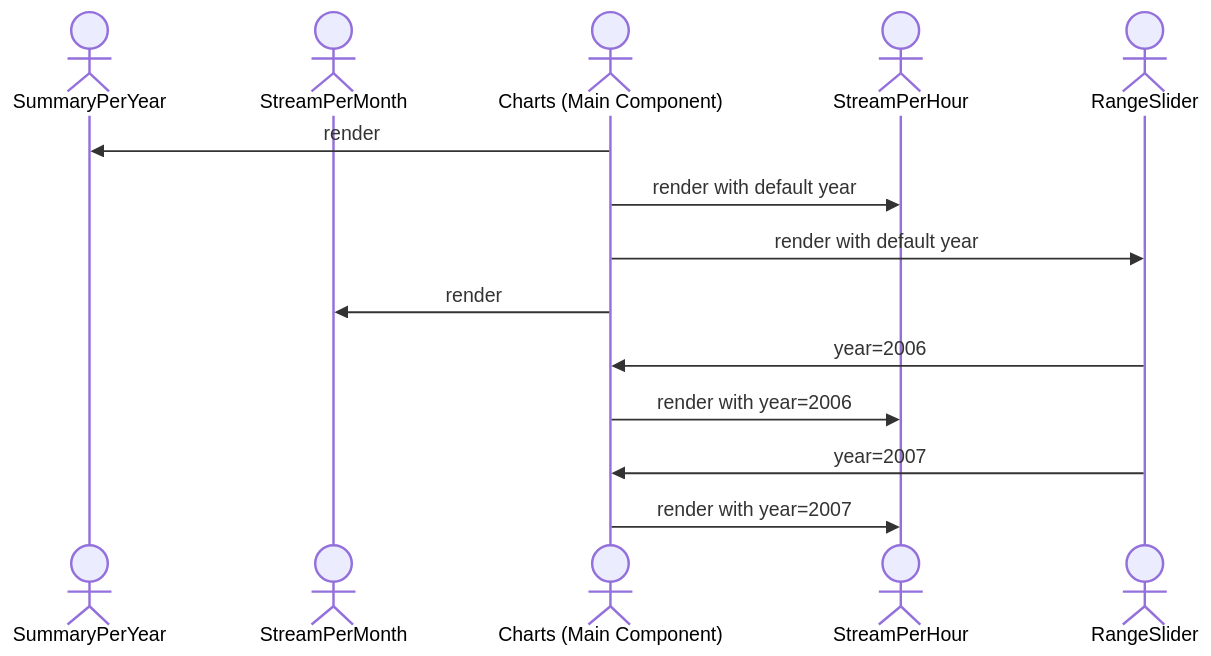
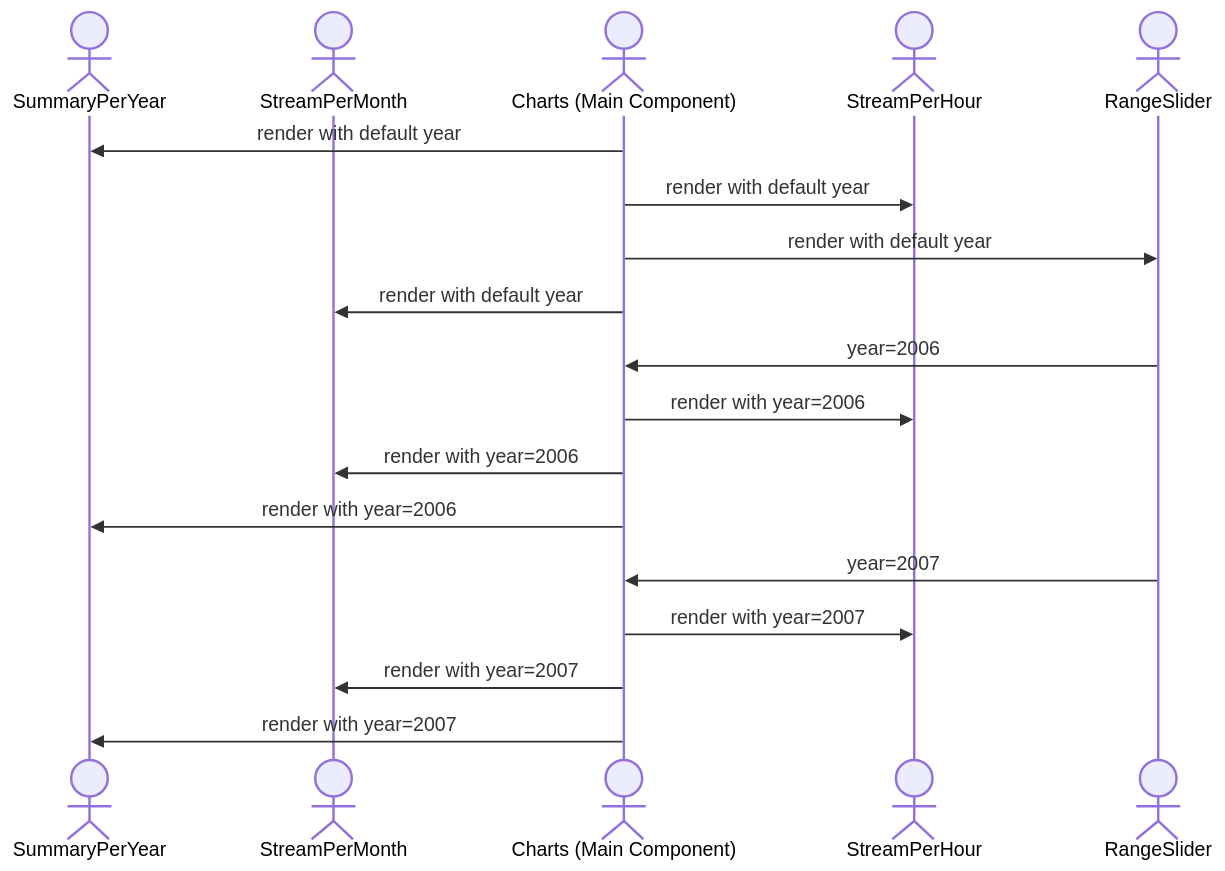
One commit to Gudsfile/tracksy changed the second of 2 diagrams in app/README.md. Above: the diagram before and after it, drawn with Mermaid. The commit also changed other lines of this file, not shown here.

````diff
--- a/app/README.md
+++ b/app/README.md
@@ -85,17 +85,21 @@
 ```mermaid
 sequenceDiagram
   actor SummaryPerYear
   actor StreamPerMonth
   actor Charts as Charts (Main Component)
   actor StreamPerHour
   actor RangeSlider
 
-  Charts ->> SummaryPerYear: render
+  Charts ->> SummaryPerYear: render with default year
   Charts ->> StreamPerHour: render with default year
   Charts ->> RangeSlider: render with default year
-  Charts ->> StreamPerMonth: render
+  Charts ->> StreamPerMonth: render with default year
   RangeSlider ->> Charts: year=2006
   Charts ->> StreamPerHour: render with year=2006
+  Charts ->> StreamPerMonth: render with year=2006
+  Charts ->> SummaryPerYear: render with year=2006
   RangeSlider ->> Charts: year=2007
   Charts ->> StreamPerHour: render with year=2007
+  Charts ->> StreamPerMonth: render with year=2007
+  Charts ->> SummaryPerYear: render with year=2007
 ```
````
